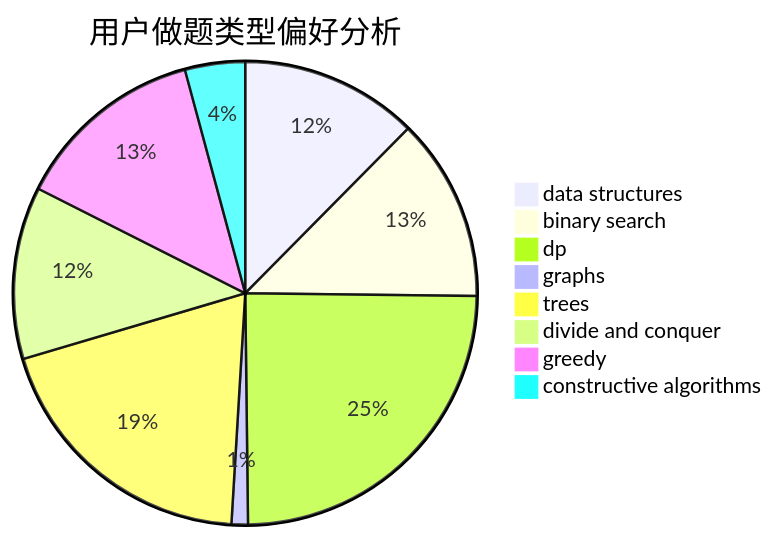
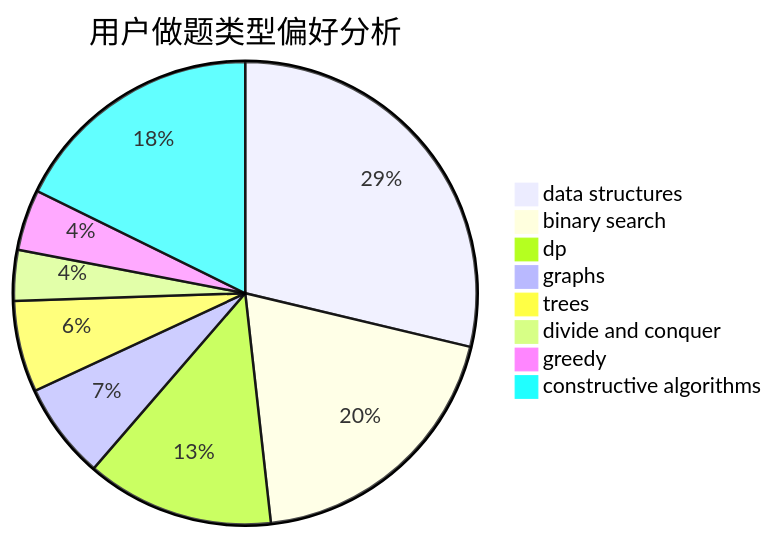
One commit to sherpahu/cfrs.github.io changed the second of 3 diagrams in docs/user/u310.md. Above: the diagram before and after it, drawn with Mermaid. The commit also changed other lines of this file and 2770 other files, not shown here.

````diff
--- a/docs/user/u310.md
+++ b/docs/user/u310.md
@@ -23,11 +23,11 @@
 ```mermaid
 pie title 用户做题类型偏好分析
-    "data structures" :  65
-    "binary search" :  67
-    "dp" :  129
-    "graphs" :  6
-    "trees" :  102
-    "divide and conquer" :  63
-    "greedy" :  70
-    "constructive algorithms" :  22
+    "data structures" :  81
+    "binary search" :  55
+    "dp" :  37
+    "graphs" :  19
+    "trees" :  18
+    "divide and conquer" :  10
+    "greedy" :  12
+    "constructive algorithms" :  50
 ```
````
